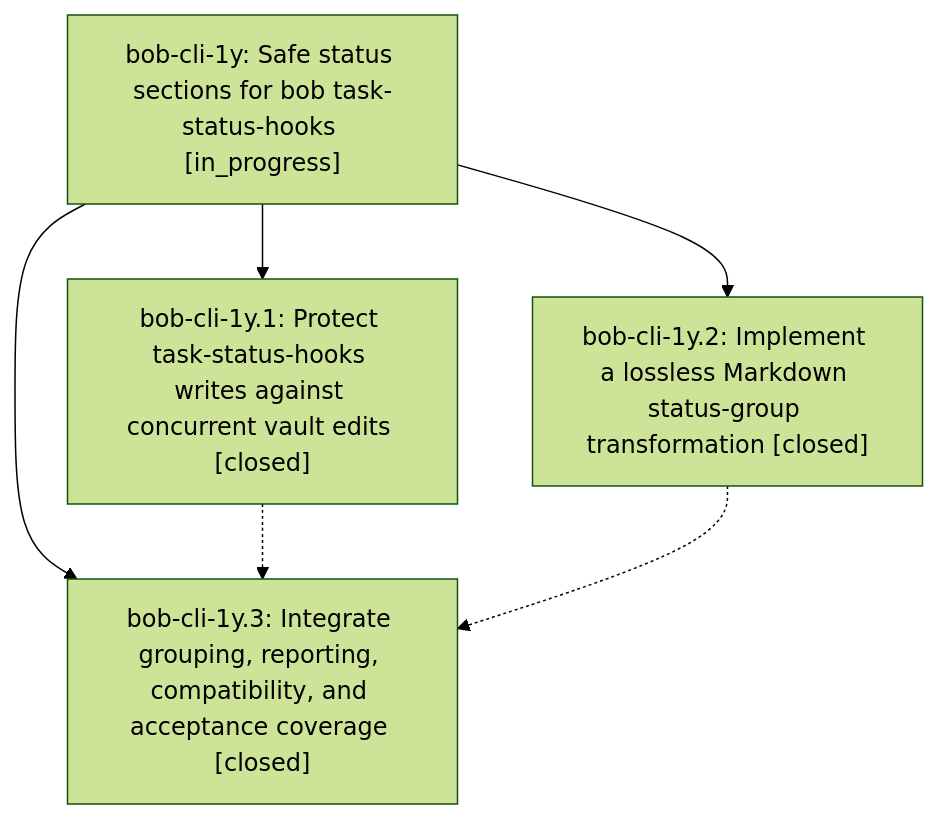
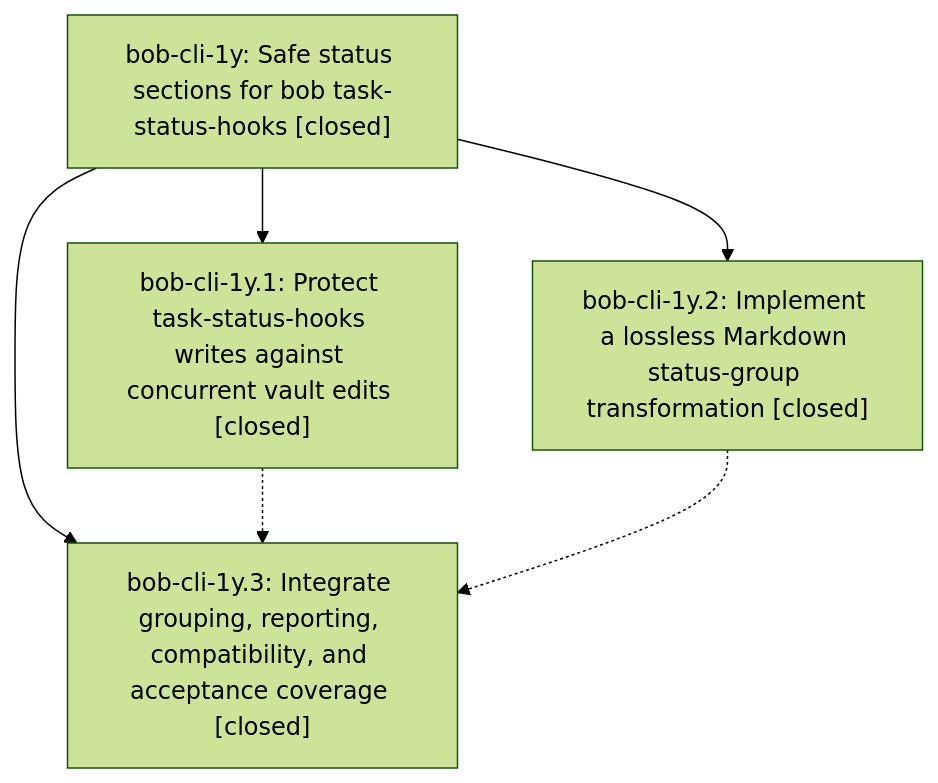
The diagram in pages/bob-cli-1y/README.md (bobs-org/bob-cli--beads), drawn with Mermaid (forest theme) before and after one commit. The commit also changed other lines of this file, not shown here.

First line of the commit message:
chore(beads): sync bead state and pages for bob-cli-1y

````diff
--- a/pages/bob-cli-1y/README.md
+++ b/pages/bob-cli-1y/README.md
@@ -36,12 +40,12 @@
 ```mermaid
 flowchart TD
-    n0["bob-cli-1y: Safe status sections for bob task-status-hooks [in_progress]"]
+    n0["bob-cli-1y: Safe status sections for bob task-status-hooks [closed]"]
     n1["bob-cli-1y.1: Protect task-status-hooks writes against concurrent vault edits [closed]"]
     n2["bob-cli-1y.2: Implement a lossless Markdown status-group transformation [closed]"]
     n3["bob-cli-1y.3: Integrate grouping, reporting, compatibility, and acceptance coverage [closed]"]
     n0 --> n1
     n0 --> n2
     n0 --> n3
     n1 -.-> n3
     n2 -.-> n3
 ```
````
